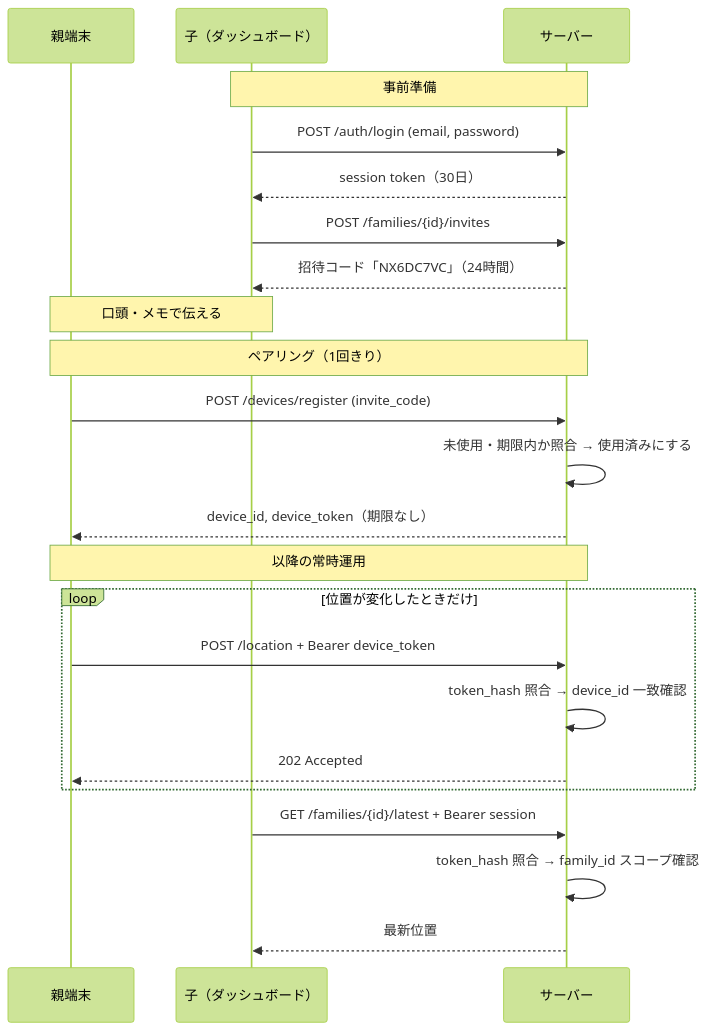
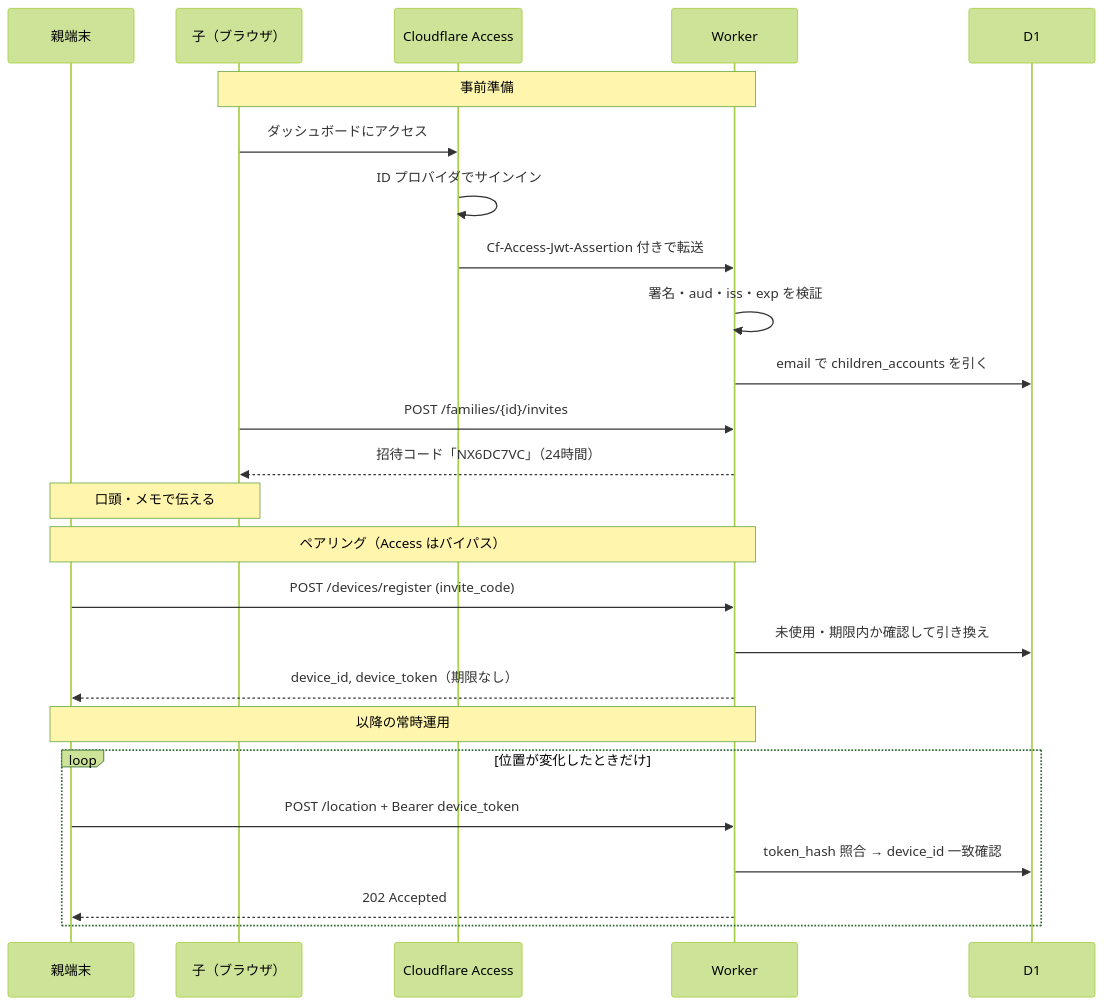
The diagram in docs/authentication.md (abekatsu/chikaku), drawn with Mermaid (forest theme) before and after one commit. The commit also changed other lines of this file and 39 other files, not shown here.

First line of the commit message:
Port server to Cloudflare Workers + D1 with Access auth

````diff
--- a/docs/authentication.md
+++ b/docs/authentication.md
@@ -78,30 +125,31 @@
 ```mermaid
 sequenceDiagram
     participant P as 親端末
-    participant C as 子（ダッシュボード）
-    participant S as サーバー
+    participant C as 子（ブラウザ）
+    participant A as Cloudflare Access
+    participant W as Worker
+    participant D as D1
 
-    Note over C,S: 事前準備
-    C->>S: POST /auth/login (email, password)
-    S-->>C: session token（30日）
-    C->>S: POST /families/{id}/invites
-    S-->>C: 招待コード「NX6DC7VC」（24時間）
+    Note over C,W: 事前準備
+    C->>A: ダッシュボードにアクセス
+    A->>A: ID プロバイダでサインイン
+    A->>W: Cf-Access-Jwt-Assertion 付きで転送
+    W->>W: 署名・aud・iss・exp を検証
+    W->>D: email で children_accounts を引く
+    C->>W: POST /families/{id}/invites
+    W-->>C: 招待コード「NX6DC7VC」（24時間）
 
     Note over P,C: 口頭・メモで伝える
 
-    Note over P,S: ペアリング（1回きり）
-    P->>S: POST /devices/register (invite_code)
-    S->>S: 未使用・期限内か照合 → 使用済みにする
-    S-->>P: device_id, device_token（期限なし）
+    Note over P,W: ペアリング（Access はバイパス）
+    P->>W: POST /devices/register (invite_code)
+    W->>D: 未使用・期限内か確認して引き換え
+    W-->>P: device_id, device_token（期限なし）
 
-    Note over P,S: 以降の常時運用
+    Note over P,W: 以降の常時運用
     loop 位置が変化したときだけ
-        P->>S: POST /location + Bearer device_token
-        S->>S: token_hash 照合 → device_id 一致確認
-        S-->>P: 202 Accepted
+        P->>W: POST /location + Bearer device_token
+        W->>D: token_hash 照合 → device_id 一致確認
+        W-->>P: 202 Accepted
     end
-
-    C->>S: GET /families/{id}/latest + Bearer session
-    S->>S: token_hash 照合 → family_id スコープ確認
-    S-->>C: 最新位置
 ```
````
